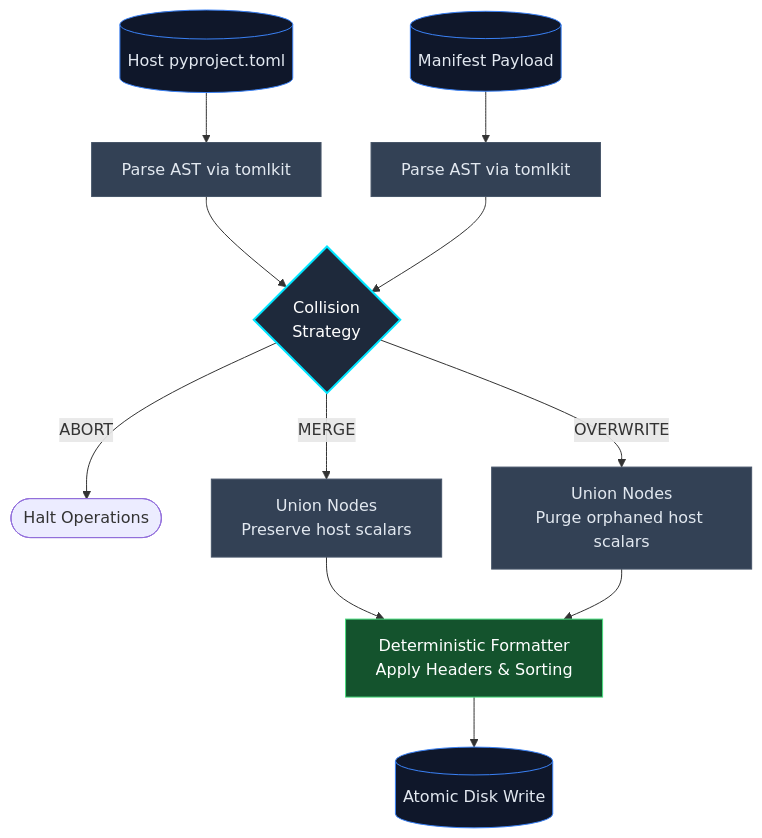
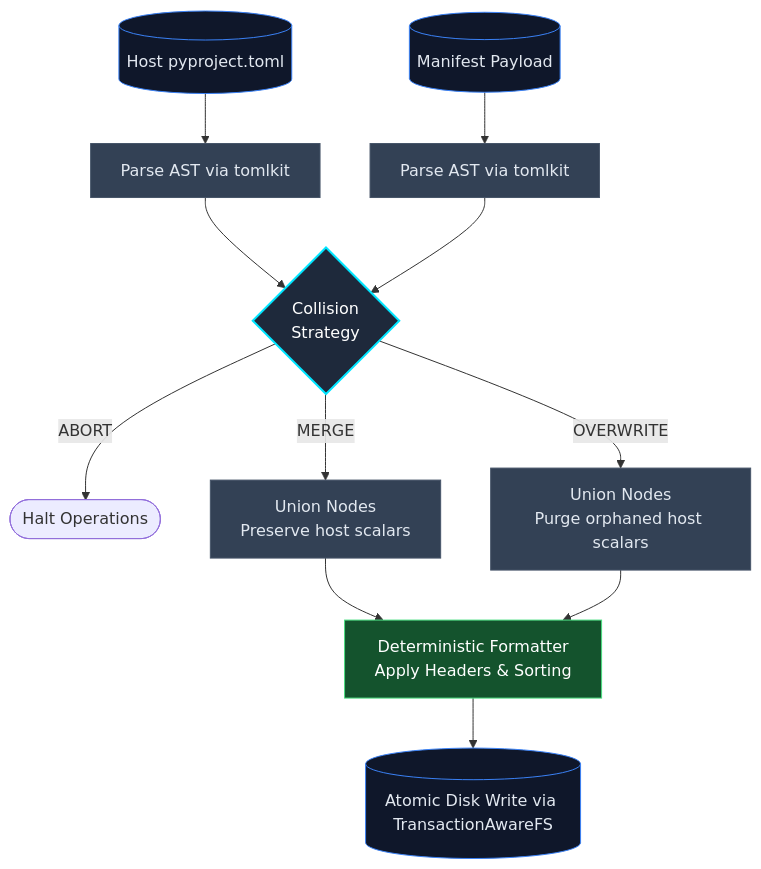
One commit to JacksonFergusonDev/protostar changed the second of 2 diagrams in docs/mechanics/executor.md. Above: the diagram before and after it, drawn with Mermaid. The commit also changed other lines of this file and 13 other files, not shown here.

First line of the commit message:
docs: document pipeline transactionality, mutation journal, and rollback architecture (#242)

````diff
--- a/docs/mechanics/executor.md
+++ b/docs/mechanics/executor.md
@@ -68,23 +151,23 @@
 ```mermaid
 flowchart TD
     classDef artifact fill:#0f172a,stroke:#3b82f6,stroke-width:1px,color:#e2e8f0;
     classDef process fill:#334155,stroke:#475569,stroke-width:1px,color:#e2e8f0;
     classDef decision fill:#1e293b,stroke:#00e5ff,stroke-width:2px,color:#fff;
     classDef format fill:#14532d,stroke:#4ade80,stroke-width:1px,color:#fff;
 
     Base[(Host pyproject.toml)]:::artifact --> ParseHost[Parse AST via tomlkit]:::process
     Payload[(Manifest Payload)]:::artifact --> ParsePayload[Parse AST via tomlkit]:::process
 
     ParseHost --> Strategy{Collision\nStrategy}:::decision
     ParsePayload --> Strategy
 
     Strategy -- ABORT --> Exit([Halt Operations])
 
     Strategy -- MERGE --> MergeLogic[Union Nodes\nPreserve host scalars]:::process
     Strategy -- OVERWRITE --> OverwriteLogic[Union Nodes\nPurge orphaned host scalars]:::process
 
     MergeLogic --> Formatter
     OverwriteLogic --> Formatter[Deterministic Formatter\nApply Headers & Sorting]:::format
 
-    Formatter --> Write[(Atomic Disk Write)]:::artifact
+    Formatter --> Write[(Atomic Disk Write via TransactionAwareFS)]:::artifact
 ```
````
